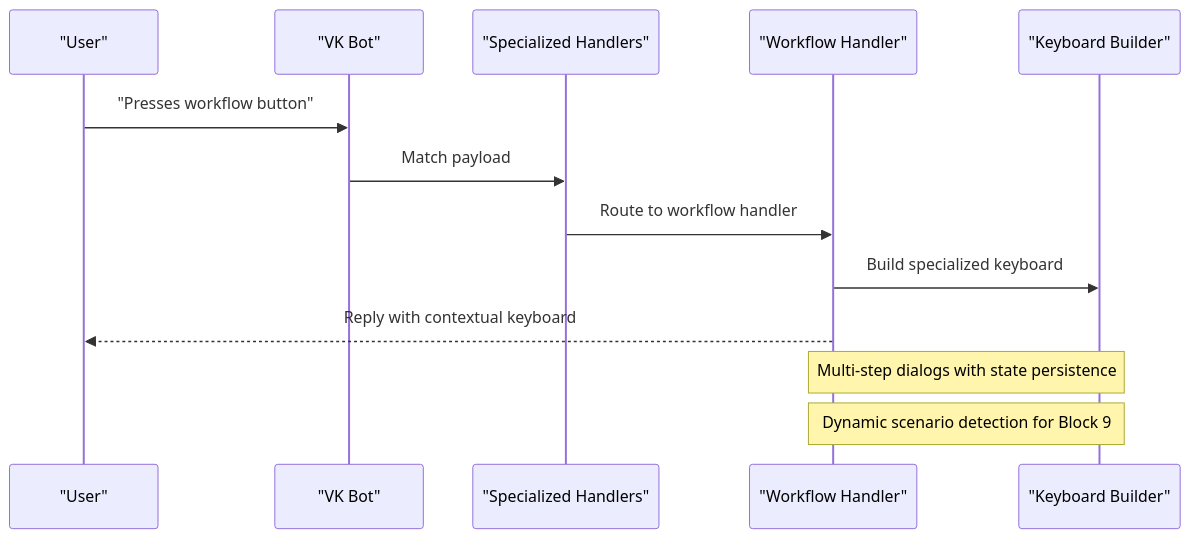
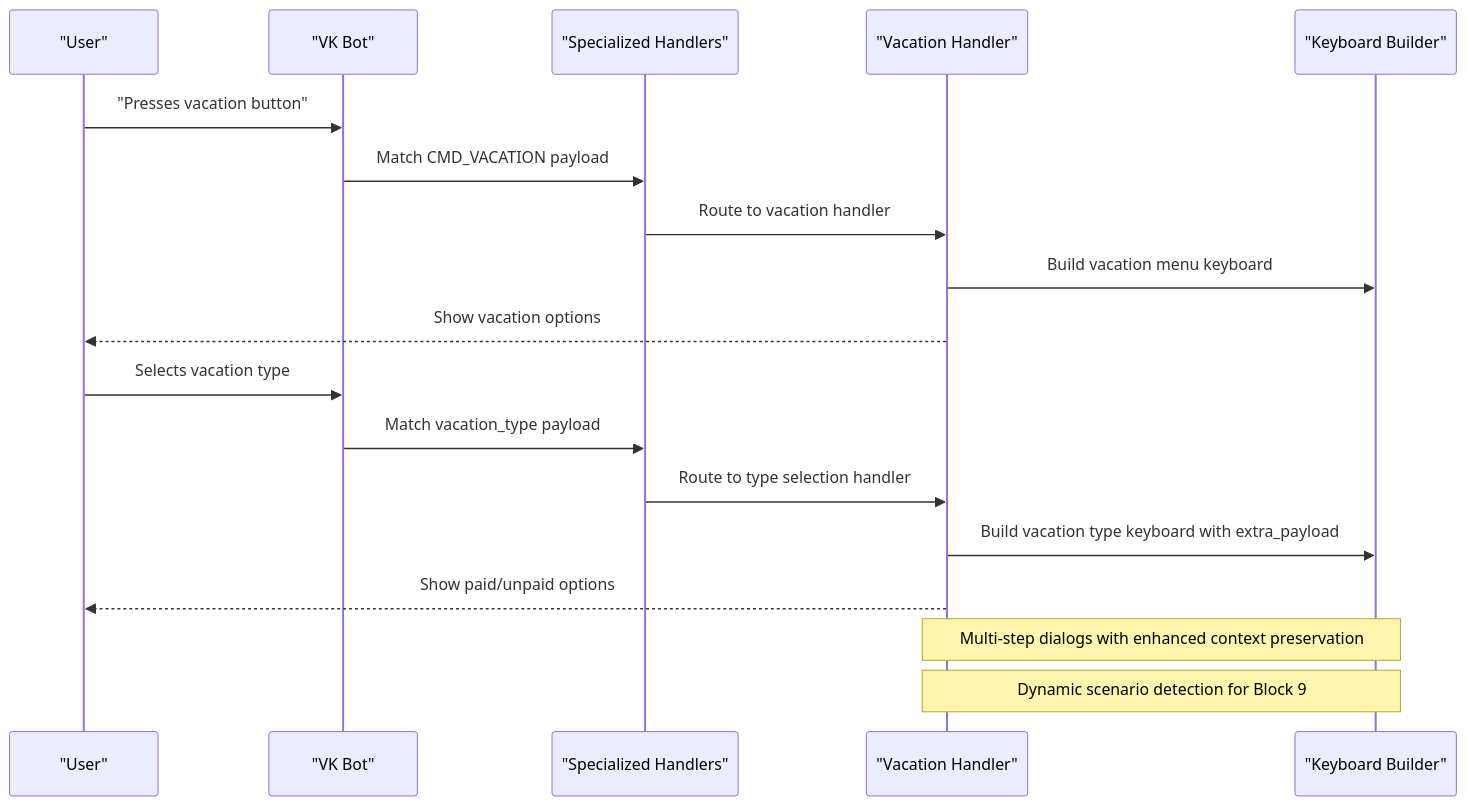
The second of 12 diagrams in .qoder/repowiki/en/content/Keyboard System.md (ognelis/cafetera_hr_bot), drawn with Mermaid before and after one commit. The commit also changed other lines of this file and 26 other files, not shown here.

````diff
--- a/.qoder/repowiki/en/content/Keyboard System.md
+++ b/.qoder/repowiki/en/content/Keyboard System.md
@@ -128,15 +130,20 @@
 ```mermaid
 sequenceDiagram
 participant User as "User"
 participant Bot as "VK Bot"
 participant Labelers as "Specialized Handlers"
-participant Handler as "Workflow Handler"
+participant Handler as "Vacation Handler"
 participant KB as "Keyboard Builder"
-User->>Bot : "Presses workflow button"
-Bot->>Labelers : Match payload
-Labelers->>Handler : Route to workflow handler
-Handler->>KB : Build specialized keyboard
-Handler-->>User : Reply with contextual keyboard
-Note over Handler,KB : Multi-step dialogs with state persistence
+User->>Bot : "Presses vacation button"
+Bot->>Labelers : Match CMD_VACATION payload
+Labelers->>Handler : Route to vacation handler
+Handler->>KB : Build vacation menu keyboard
+Handler-->>User : Show vacation options
+User->>Bot : Selects vacation type
+Bot->>Labelers : Match vacation_type payload
+Labelers->>Handler : Route to type selection handler
+Handler->>KB : Build vacation type keyboard with extra_payload
+Handler-->>User : Show paid/unpaid options
+Note over Handler,KB : Multi-step dialogs with enhanced context preservation
 Note over Handler,KB : Dynamic scenario detection for Block 9
 ```
````
